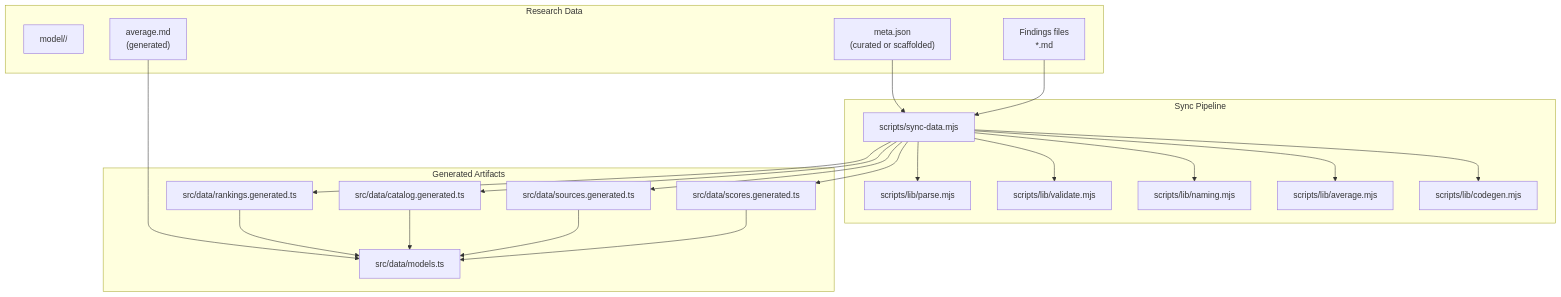
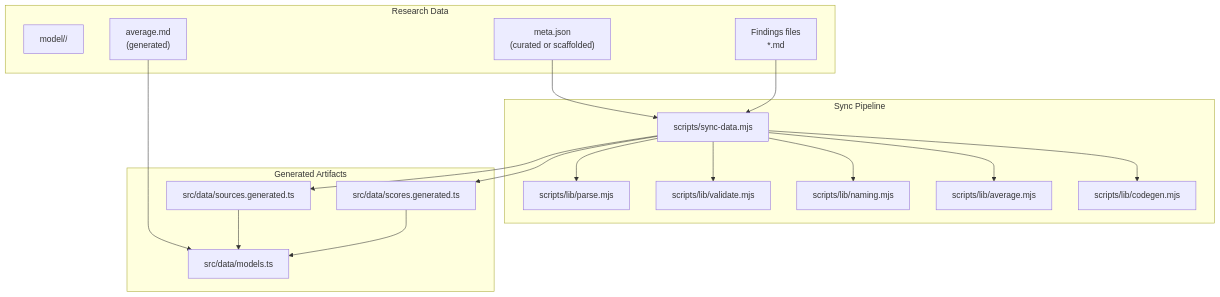
The first of 16 diagrams in .qoder/repowiki/en/content/Data Management System/Data Management System.md (delirium-dj/modelcomp), drawn with Mermaid before and after one commit. The commit also changed other lines of this file and 147 other files, not shown here.

````diff
--- a/.qoder/repowiki/en/content/Data Management System/Data Management System.md
+++ b/.qoder/repowiki/en/content/Data Management System/Data Management System.md
@@ -70,40 +69,34 @@
 ```mermaid
 graph TB
 subgraph "Research Data"
 M["model/<slug>/"]
 F["Findings files<br/>*.md"]
 A["average.md<br/>(generated)"]
 J["meta.json<br/>(curated or scaffolded)"]
 end
 subgraph "Sync Pipeline"
 S["scripts/sync-data.mjs"]
 P["scripts/lib/parse.mjs"]
 V["scripts/lib/validate.mjs"]
 N["scripts/lib/naming.mjs"]
 AV["scripts/lib/average.mjs"]
 CG["scripts/lib/codegen.mjs"]
 end
 subgraph "Generated Artifacts"
 SG["src/data/scores.generated.ts"]
 SS["src/data/sources.generated.ts"]
-SC["src/data/catalog.generated.ts"]
-SR["src/data/rankings.generated.ts"]
 MD["src/data/models.ts"]
 end
 F --> S
 J --> S
 S --> P
 S --> V
 S --> N
 S --> AV
 S --> CG
 S --> SG
 S --> SS
-S --> SC
-S --> SR
 SG --> MD
 SS --> MD
-SC --> MD
-SR --> MD
 A --> MD
 ```
````
